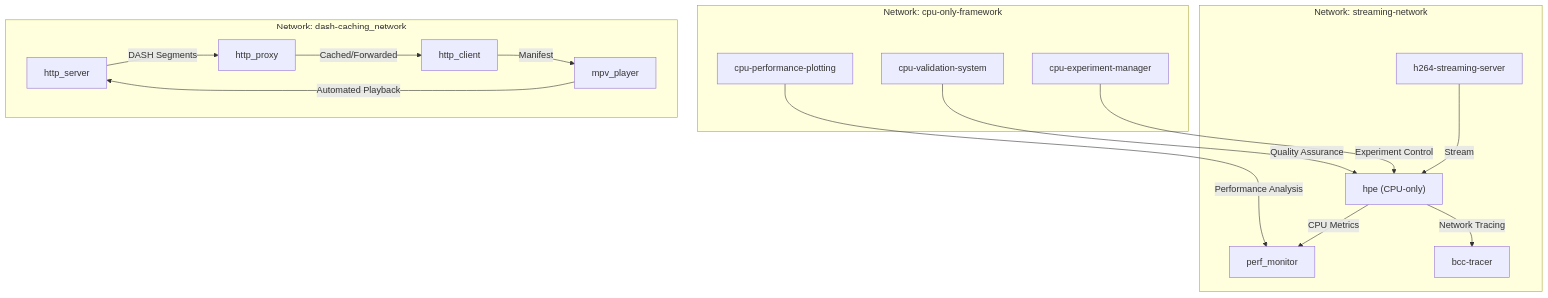
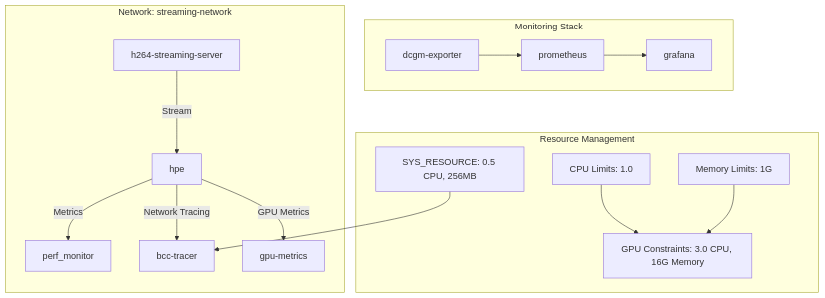
The second of 3 diagrams in .qoder/repowiki/en/content/Deployment Infrastructure/Containerization and Docker Configuration.md (Fogus-Gr/MeasurementsDTs), drawn with Mermaid before and after one commit. The commit also changed other lines of this file and 7 other files, not shown here.

Commit message:
docs(repowiki): restructure optimization assets, add performance documentation, and improve CPU tuning utilities.

````diff
--- a/.qoder/repowiki/en/content/Deployment Infrastructure/Containerization and Docker Configuration.md
+++ b/.qoder/repowiki/en/content/Deployment Infrastructure/Containerization and Docker Configuration.md
@@ -207,30 +163,29 @@
 ```mermaid
 graph TB
+subgraph "Monitoring Stack"
+M["dcgm-exporter"]
+N["prometheus"]
+O["grafana"]
+end
 subgraph "Network: streaming-network"
-S["h264-streaming-server"]
-H["hpe (CPU-only)"]
-P["perf_monitor"]
-T["bcc-tracer"]
+P["h264-streaming-server"]
+Q["hpe"]
+R["perf_monitor"]
+S["bcc-tracer"]
+T["gpu-metrics"]
 end
-subgraph "Network: cpu-only-framework"
-CF["cpu-experiment-manager"]
-CV["cpu-validation-system"]
-CP["cpu-performance-plotting"]
+subgraph "Resource Management"
+U["CPU Limits: 1.0"]
+V["Memory Limits: 1G"]
+W["GPU Constraints: 3.0 CPU, 16G Memory"]
+X["SYS_RESOURCE: 0.5 CPU, 256MB"]
 end
-subgraph "Network: dash-caching_network"
-DS["http_server"]
-DP["http_proxy"]
-DC["http_client"]
-DM["mpv_player"]
-end
-S --> |"Stream"| H
-H --> |"CPU Metrics"| P
-H --> |"Network Tracing"| T
-CF --> |"Experiment Control"| H
-CV --> |"Quality Assurance"| H
-CP --> |"Performance Analysis"| P
-DS --> |"DASH Segments"| DP
-DP --> |"Cached/Forwarded"| DC
-DC --> |"Manifest"| DM
-DM --> |"Automated Playback"| DS
+M --> N --> O
+P --> |"Stream"| Q
+Q --> |"Metrics"| R
+Q --> |"Network Tracing"| S
+Q --> |"GPU Metrics"| T
+U --> W
+V --> W
+X --> S
 ```
````
